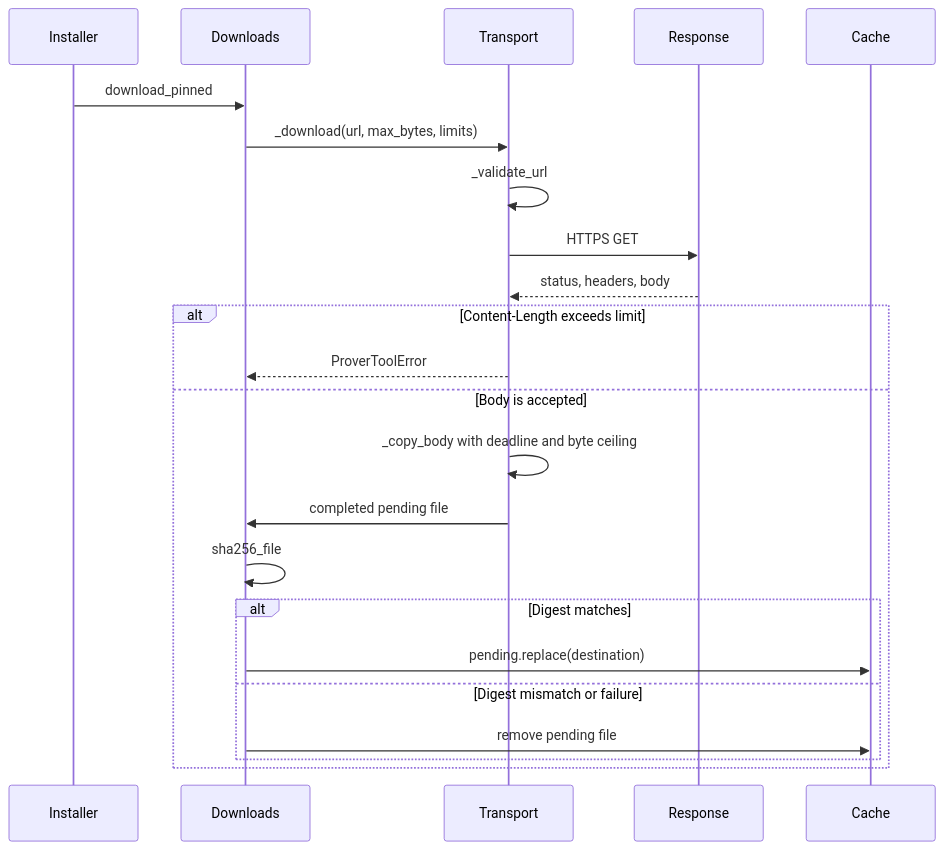
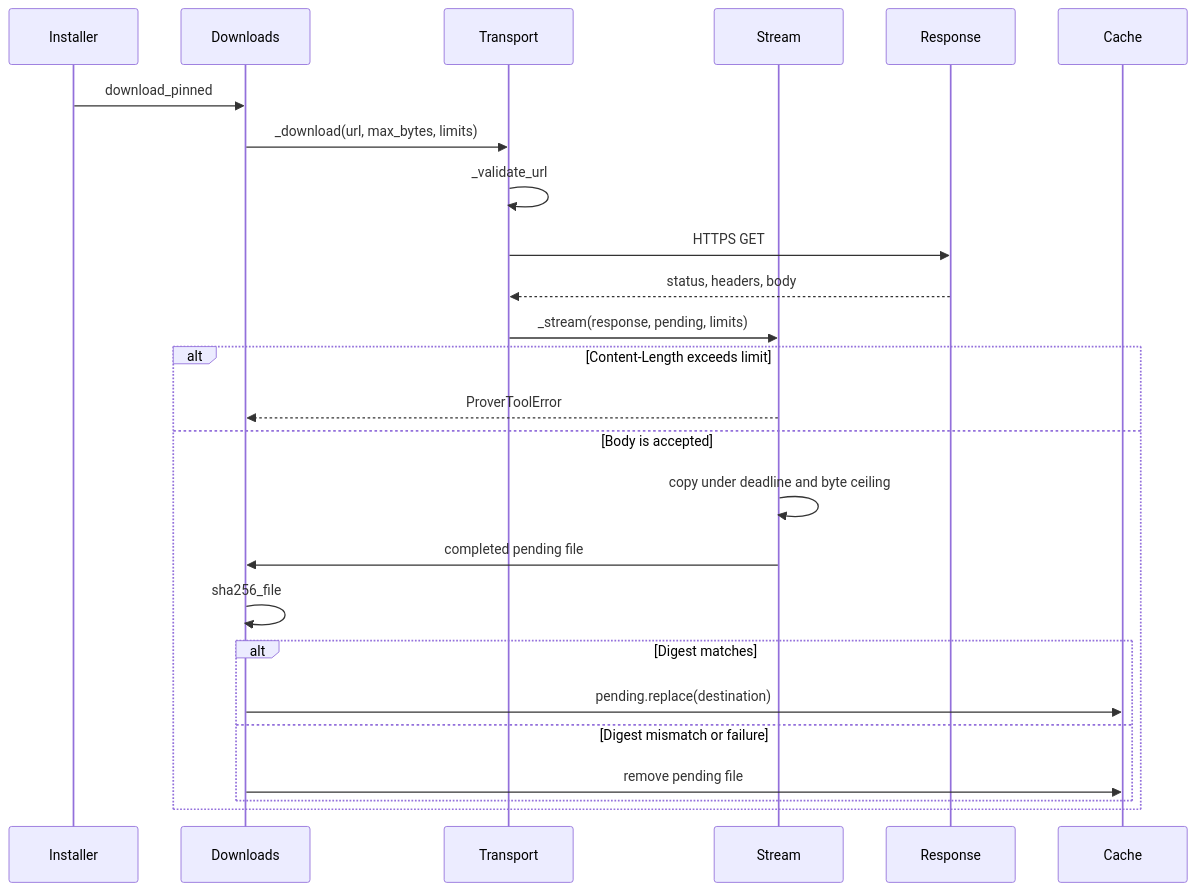
Before and after one commit to leynos/rust-prover-tools: the first of 2 diagrams in docs/prover-tools-cli-design.md, drawn with Mermaid. The commit also changed other lines of this file and 13 other files, not shown here.

````diff
--- a/docs/prover-tools-cli-design.md
+++ b/docs/prover-tools-cli-design.md
@@ -103,37 +104,39 @@
 ```mermaid
 sequenceDiagram
     accTitle: Bounded verified download sequence
     accDescr {
       The installer asks the downloader for a pinned asset. The transport
-      validates the HTTPS URL, requests it, and rejects a declared length
-      above the byte ceiling. Otherwise it streams the body under one
-      deadline and the byte ceiling into a pending file. The downloader
-      hashes that file and replaces the destination only when the digest
-      matches. Any failure, including a digest mismatch, removes the
-      pending file.
+      validates the HTTPS URL and requests it. The stream helper rejects a
+      declared length above the byte ceiling; otherwise it copies the body
+      under one deadline and the byte ceiling into a pending file. The
+      downloader hashes that file and replaces the destination only when
+      the digest matches. Any failure, including a digest mismatch,
+      removes the pending file.
     }
 
     participant Installer
     participant Downloads
     participant Transport
+    participant Stream
     participant Response
     participant Cache
 
     Installer->>Downloads: download_pinned
     Downloads->>Transport: _download(url, max_bytes, limits)
     Transport->>Transport: _validate_url
     Transport->>Response: HTTPS GET
     Response-->>Transport: status, headers, body
+    Transport->>Stream: _stream(response, pending, limits)
     alt Content-Length exceeds limit
-        Transport-->>Downloads: ProverToolError
+        Stream-->>Downloads: ProverToolError
     else Body is accepted
-        Transport->>Transport: _copy_body with deadline and byte ceiling
-        Transport->>Downloads: completed pending file
+        Stream->>Stream: copy under deadline and byte ceiling
+        Stream->>Downloads: completed pending file
         Downloads->>Downloads: sha256_file
         alt Digest matches
             Downloads->>Cache: pending.replace(destination)
         else Digest mismatch or failure
             Downloads->>Cache: remove pending file
         end
     end
 ```
````
